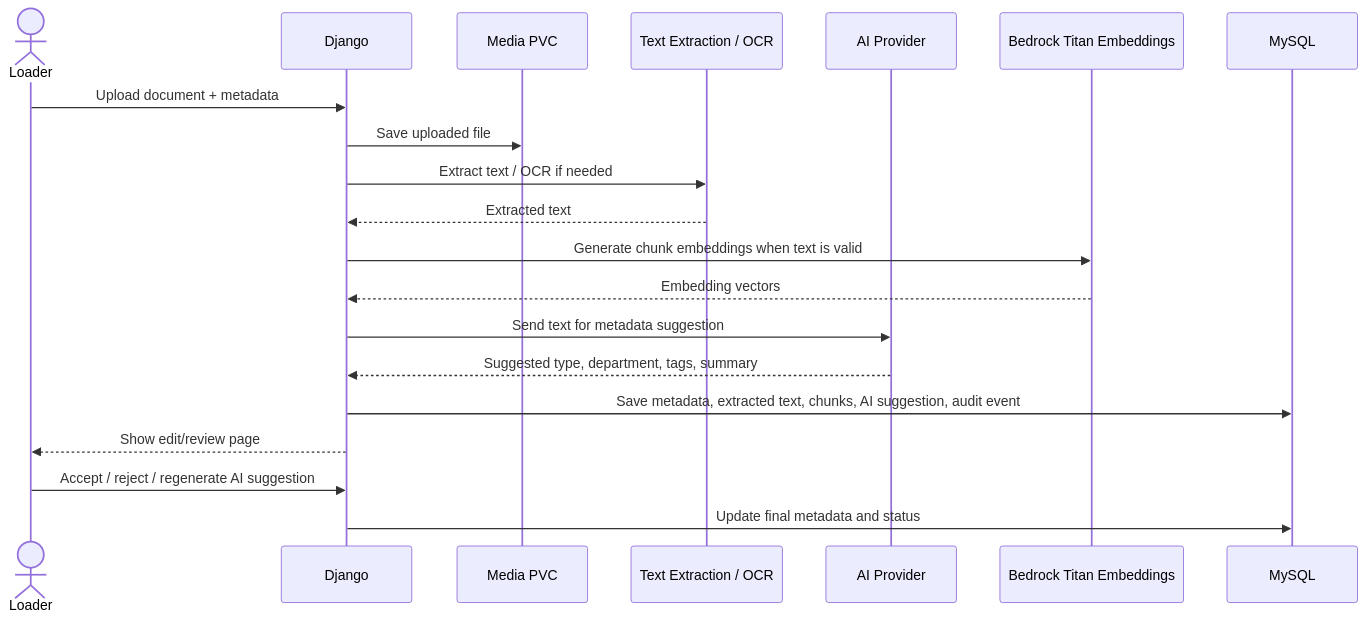
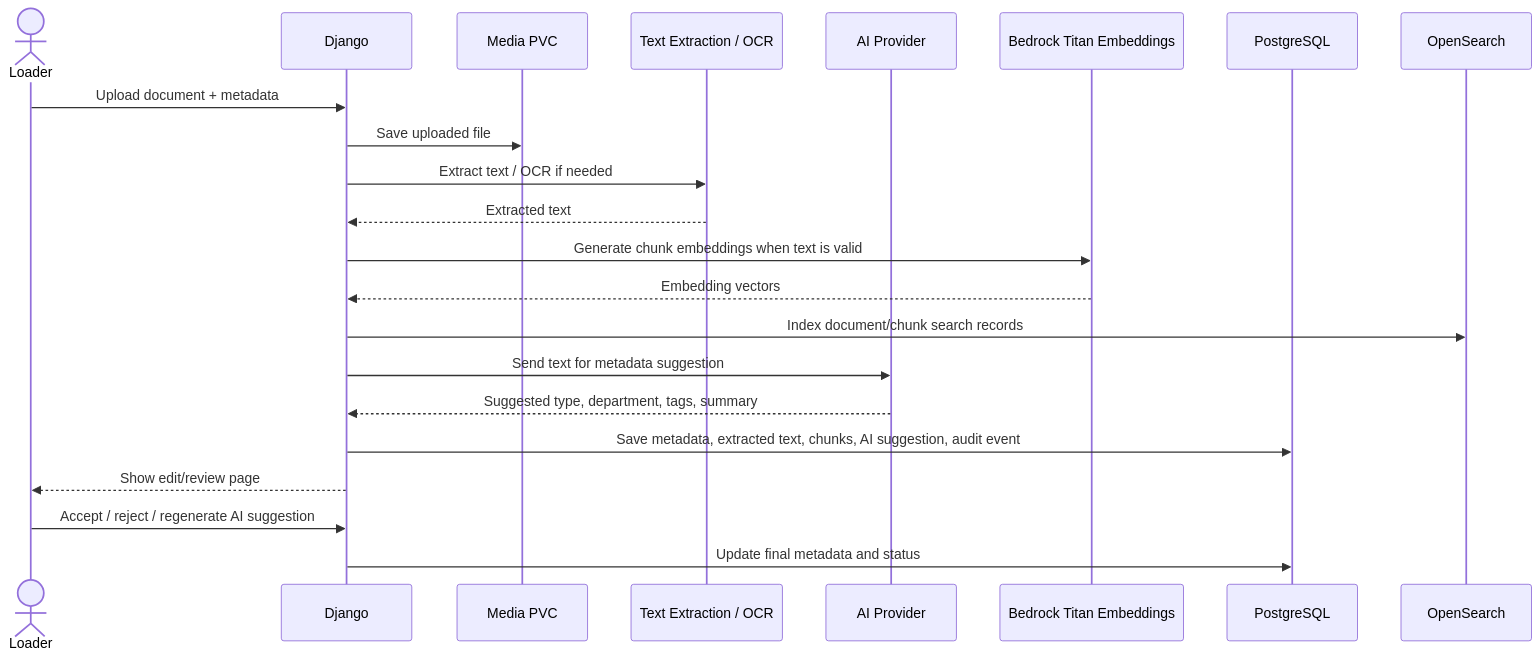
Before and after one commit to khaliqueaws-creator/document-management: the first of 5 diagrams in docs/ai-workflow.md, drawn with Mermaid. The commit also changed other lines of this file and 70 other files, not shown here.

````diff
--- a/docs/ai-workflow.md
+++ b/docs/ai-workflow.md
@@ -9,23 +9,25 @@
 ```mermaid
 sequenceDiagram
     actor Loader
     participant Django
     participant Media as Media PVC
     participant OCR as Text Extraction / OCR
     participant AI as AI Provider
     participant Embeddings as Bedrock Titan Embeddings
-    participant DB as MySQL
+    participant DB as PostgreSQL
+    participant Search as OpenSearch
 
     Loader->>Django: Upload document + metadata
     Django->>Media: Save uploaded file
     Django->>OCR: Extract text / OCR if needed
     OCR-->>Django: Extracted text
     Django->>Embeddings: Generate chunk embeddings when text is valid
     Embeddings-->>Django: Embedding vectors
+    Django->>Search: Index document/chunk search records
     Django->>AI: Send text for metadata suggestion
     AI-->>Django: Suggested type, department, tags, summary
     Django->>DB: Save metadata, extracted text, chunks, AI suggestion, audit event
     Django-->>Loader: Show edit/review page
     Loader->>Django: Accept / reject / regenerate AI suggestion
     Django->>DB: Update final metadata and status
 ```
````
